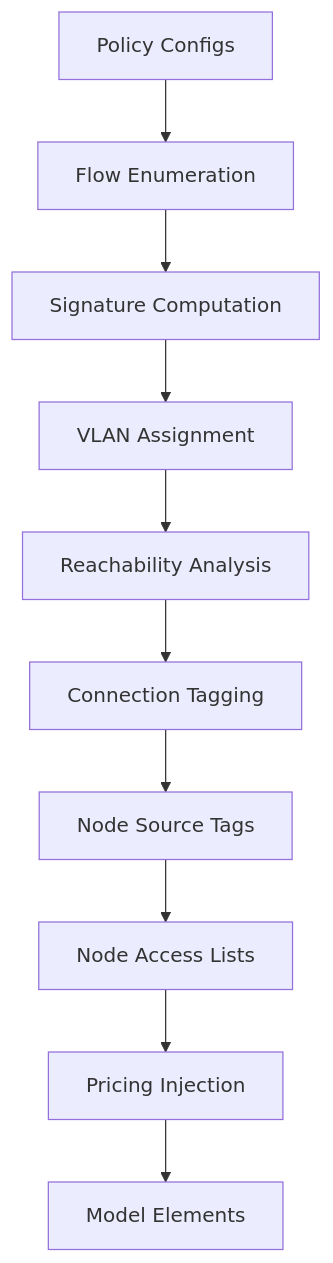
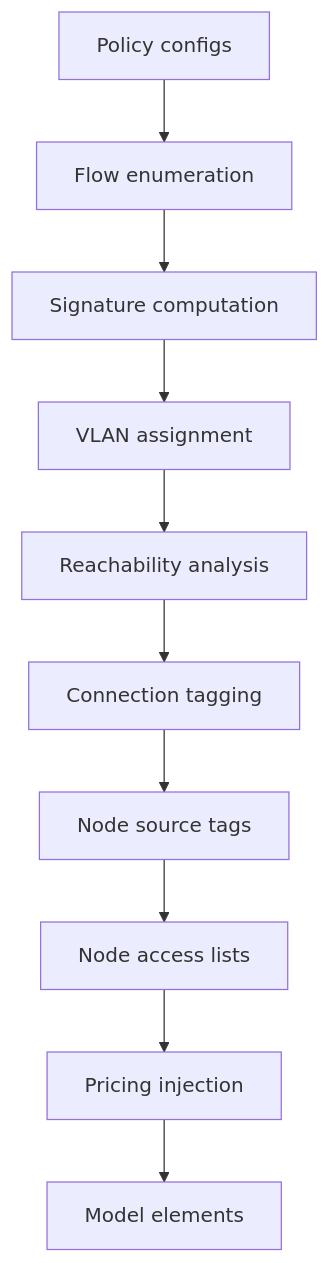
The diagram in docs/developer-guide/policy-compilation.md (hass-energy/haeo), drawn with Mermaid before and after one commit. The commit also changed other lines of this file and 2 other files, not shown here.

First line of the commit message:
docs: apply SemBr and guideline-aligned policy docs

````diff
--- a/docs/developer-guide/policy-compilation.md
+++ b/docs/developer-guide/policy-compilation.md
@@ -15,12 +16,12 @@
 ```mermaid
 graph TD
-    A[Policy Configs] --> B[Flow Enumeration]
-    B --> C[Signature Computation]
-    C --> D[VLAN Assignment]
-    D --> E[Reachability Analysis]
-    E --> F[Connection Tagging]
-    F --> G[Node Source Tags]
-    G --> H[Node Access Lists]
-    H --> I[Pricing Injection]
-    I --> J[Model Elements]
+    A[Policy configs] --> B[Flow enumeration]
+    B --> C[Signature computation]
+    C --> D[VLAN assignment]
+    D --> E[Reachability analysis]
+    E --> F[Connection tagging]
+    F --> G[Node source tags]
+    G --> H[Node access lists]
+    H --> I[Pricing injection]
+    I --> J[Model elements]
 ```
````
